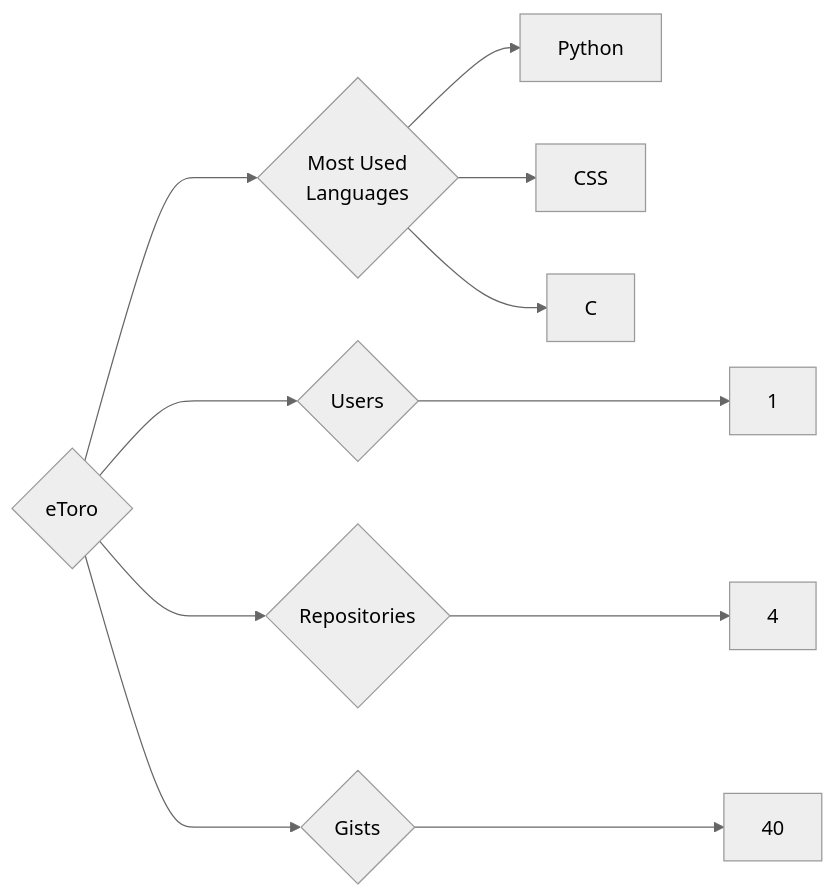
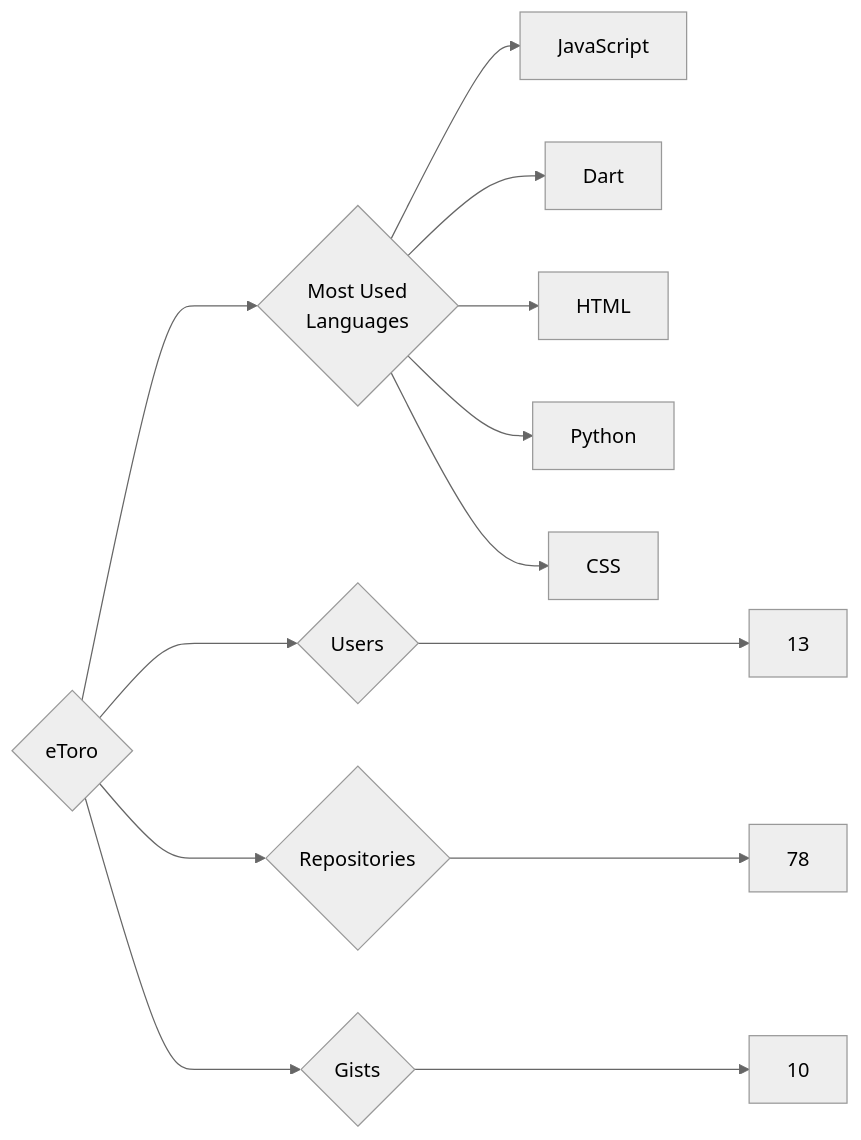
The diagram in targets/eToro/README.md (trickest/insiders), drawn with Mermaid (neutral theme) before and after one commit. The commit also changed 912 other files, not shown here.

````diff
--- a/targets/eToro/README.md
+++ b/targets/eToro/README.md
@@ -3,11 +3,13 @@
 ```mermaid
 graph LR
 COMPANY_NAME{eToro}
-COMPANY_NAME ---> U{Users} ---> UN[1]
-COMPANY_NAME ---> R{Repositories} ---> RN[4]
-COMPANY_NAME ---> G{Gists} ---> GN[40]
+COMPANY_NAME ---> U{Users} ---> UN[13]
+COMPANY_NAME ---> R{Repositories} ---> RN[78]
+COMPANY_NAME ---> G{Gists} ---> GN[10]
 COMPANY_NAME ---> ML{Most Used<br>Languages}
+ML --> JavaScript[JavaScript]
+ML --> Dart[Dart]
+ML --> HTML[HTML]
 ML --> Python[Python]
 ML --> CSS[CSS]
-ML --> C[C]
 ```
````
